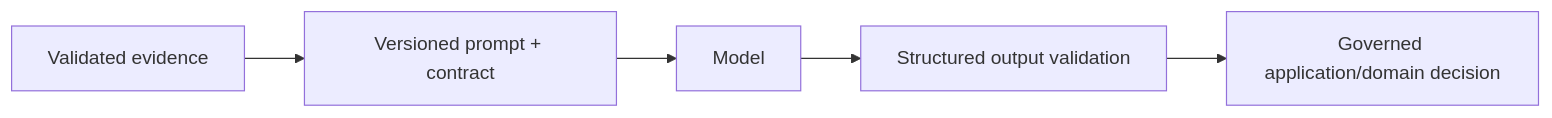
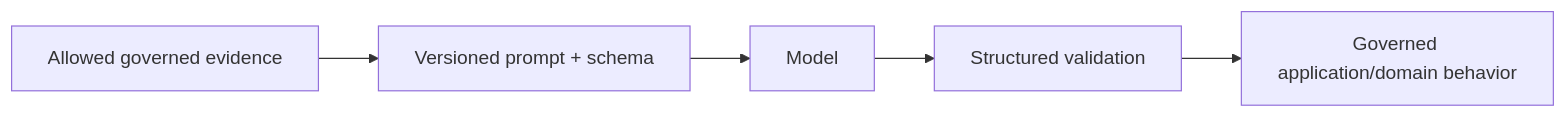
Before and after one commit to kumarchandansingh/tropos: the seventh of 8 diagrams in docs/architecture/RAG_ARCHITECTURE.md, drawn with Mermaid. The commit also changed other lines of this file and 23 other files, not shown here.

````diff
--- a/docs/architecture/RAG_ARCHITECTURE.md
+++ b/docs/architecture/RAG_ARCHITECTURE.md
@@ -168,8 +173,8 @@
 ```mermaid
 flowchart LR
-    Evidence[Validated evidence]
-    --> Prompt[Versioned prompt + contract]
+    Evidence[Allowed governed evidence]
+    --> Prompt[Versioned prompt + schema]
     --> LLM[Model]
-    --> Parse[Structured output validation]
-    --> Policy[Governed application/domain decision]
+    --> Validate[Structured validation]
+    --> Policy[Governed application/domain behavior]
 ```
````
